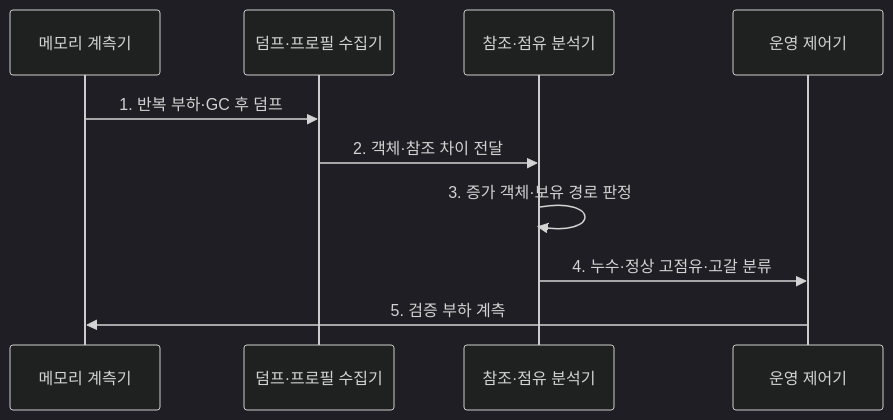
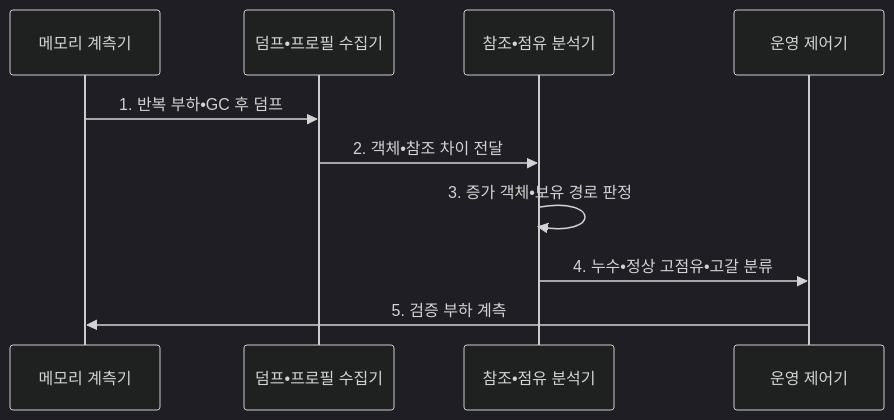
Before and after one commit to agnusdei1207/knowledge-base: the second of 2 diagrams in src/content/docs/notes/03-software/211_memory_leak_heap_overflow.md, drawn with Mermaid (dark theme). The commit also changed other lines of this file and 953 other files, not shown here.

````diff
--- a/src/content/docs/notes/03-software/211_memory_leak_heap_overflow.md
+++ b/src/content/docs/notes/03-software/211_memory_leak_heap_overflow.md
@@ -108,12 +108,12 @@
 ```mermaid
 sequenceDiagram
     participant M as 메모리 계측기
-    participant C as 덤프·프로필 수집기
-    participant A as 참조·점유 분석기
+    participant C as 덤프•프로필 수집기
+    participant A as 참조•점유 분석기
     participant O as 운영 제어기
-    M->>C: 1. 반복 부하·GC 후 덤프
-    C->>A: 2. 객체·참조 차이 전달
-    A->>A: 3. 증가 객체·보유 경로 판정
-    A->>O: 4. 누수·정상 고점유·고갈 분류
+    M->>C: 1. 반복 부하•GC 후 덤프
+    C->>A: 2. 객체•참조 차이 전달
+    A->>A: 3. 증가 객체•보유 경로 판정
+    A->>O: 4. 누수•정상 고점유•고갈 분류
     O->>M: 5. 검증 부하 계측
 ```
````
